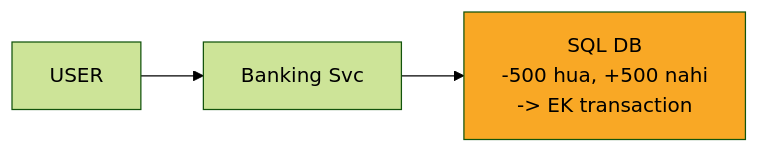
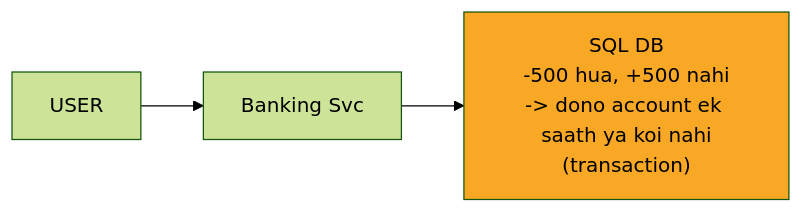
Before and after one commit to ArpanMaheshwari144/Prep: the second of 13 diagrams in 04_HLD/SYSTEM_DESIGNS/13_banking_system/13_banking_system.md, drawn with Mermaid (forest theme). The commit also changed other lines of this file and 13 other files, not shown here.

````diff
--- a/04_HLD/SYSTEM_DESIGNS/13_banking_system/13_banking_system.md
+++ b/04_HLD/SYSTEM_DESIGNS/13_banking_system/13_banking_system.md
@@ -91,9 +91,9 @@
 ```mermaid
 flowchart LR
     n_USER["USER"]
     n_SVC["Banking Svc"]
-    n_DB["SQL DB<br/>-500 hua, +500 nahi<br/>-> EK transaction"]
+    n_DB["SQL DB<br/>-500 hua, +500 nahi<br/>-> dono account ek saath ya koi nahi<br/>(transaction)"]
     n_USER --> n_SVC
     n_SVC --> n_DB
     style n_DB fill:#f9a825,color:#000
 ```
````
